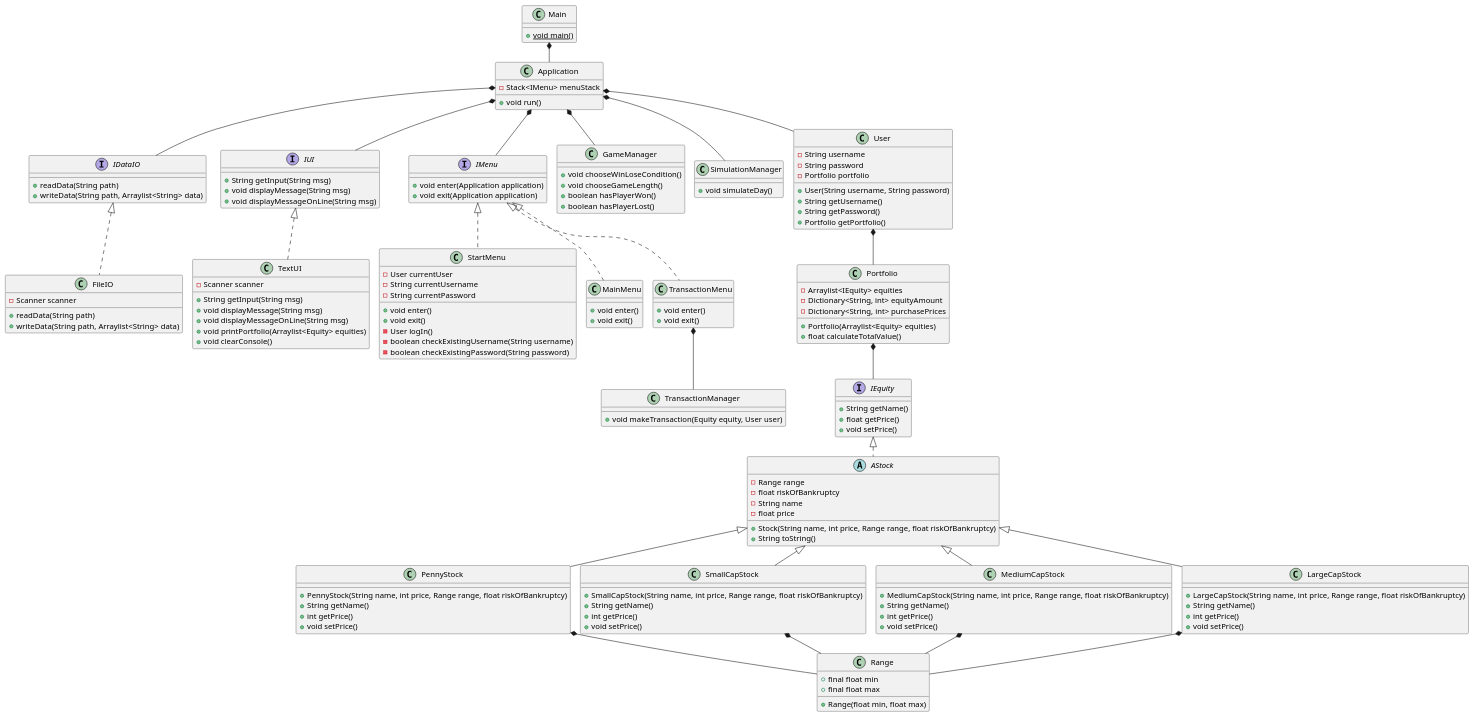
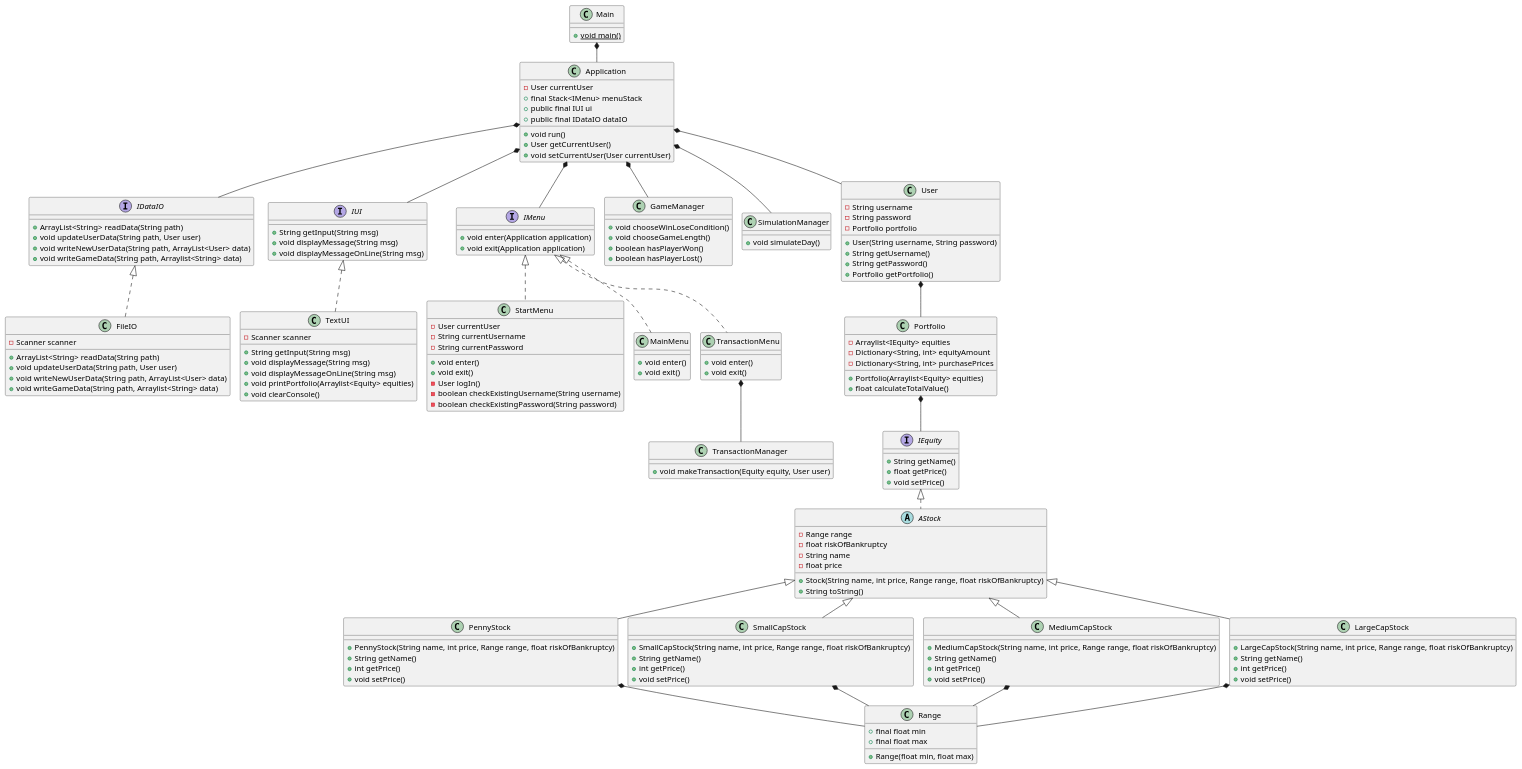
Before and after one commit to TobiasTheDanish/AktieSpil: the diagram in Documentation/KlasseDiagram.puml, drawn with PlantUML. The commit also changed 4 other files, not shown here.

```diff
--- a/Documentation/KlasseDiagram.puml
+++ b/Documentation/KlasseDiagram.puml
@@ -1,161 +1,170 @@
 @startuml
 !pragma layout smetana
 'https://plantuml.com/class-diagram
 class Main {
     + {static} void main()
 }
 
 class Application {
-    - Stack<IMenu> menuStack
+    - User currentUser
+    + final Stack<IMenu> menuStack
+    + public final IUI ui
+    + public final IDataIO dataIO
     + void run()
+    + User getCurrentUser()
+    + void setCurrentUser(User currentUser)
 }
 
 interface IDataIO {
-    + readData(String path)
-    + writeData(String path, Arraylist<String> data)
+    + ArrayList<String> readData(String path)
+    + void updateUserData(String path, User user)
+    + void writeNewUserData(String path, ArrayList<User> data)
+    + void writeGameData(String path, Arraylist<String> data)
 }
 
 class FileIO implements IDataIO {
     - Scanner scanner
-    + readData(String path)
-    + writeData(String path, Arraylist<String> data)
+    + ArrayList<String> readData(String path)
+    + void updateUserData(String path, User user)
+    + void writeNewUserData(String path, ArrayList<User> data)
+    + void writeGameData(String path, Arraylist<String> data)
 
 }
 
 interface IUI {
     + String getInput(String msg)
     + void displayMessage(String msg)
     + void displayMessageOnLine(String msg)
 }
 
 class TextUI implements IUI {
     - Scanner scanner
     + String getInput(String msg)
     + void displayMessage(String msg)
     + void displayMessageOnLine(String msg)
     + void printPortfolio(Arraylist<Equity> equities)
     + void clearConsole()
 }
 
 interface IMenu {
     + void enter(Application application)
     + void exit(Application application)
 }
 
 class StartMenu implements IMenu {
     - User currentUser
     - String currentUsername
     - String currentPassword
     + void enter()
     + void exit()
     - User logIn()
     - boolean checkExistingUsername(String username)
     - boolean checkExistingPassword(String password)
 }
 
 class MainMenu implements IMenu {
     + void enter()
     + void exit()
 }
 
 class TransactionMenu implements IMenu {
     + void enter()
     + void exit()
 }
 
 class TransactionManager {
     + void makeTransaction(Equity equity, User user)
 }
 
 class GameManager {
     + void chooseWinLoseCondition()
     + void chooseGameLength()
     + boolean hasPlayerWon()
     + boolean hasPlayerLost()
 }
 
 class SimulationManager {
     + void simulateDay()
 }
 
 class User {
     - String username
     - String password
     - Portfolio portfolio
     + User(String username, String password)
     + String getUsername()
     + String getPassword()
     + Portfolio getPortfolio()
 }
 
 class Portfolio {
     - Arraylist<IEquity> equities
     - Dictionary<String, int> equityAmount
     - Dictionary<String, int> purchasePrices
     + Portfolio(Arraylist<Equity> equities)
     + float calculateTotalValue()
 }
 
 interface IEquity {
     + String getName()
     + float getPrice()
     + void setPrice()
 }
 
 abstract class AStock implements IEquity {
     - Range range
     - float riskOfBankruptcy
     - String name
     - float price
     + Stock(String name, int price, Range range, float riskOfBankruptcy)
     + String toString()
 }
 
 class PennyStock extends AStock {
     + PennyStock(String name, int price, Range range, float riskOfBankruptcy)
     + String getName()
     + int getPrice()
     + void setPrice()
 }
 class SmallCapStock extends AStock {
     + SmallCapStock(String name, int price, Range range, float riskOfBankruptcy)
     + String getName()
     + int getPrice()
     + void setPrice()
 }
 class MediumCapStock extends AStock {
     + MediumCapStock(String name, int price, Range range, float riskOfBankruptcy)
     + String getName()
     + int getPrice()
     + void setPrice()
 }
 class LargeCapStock extends AStock {
     + LargeCapStock(String name, int price, Range range, float riskOfBankruptcy)
     + String getName()
     + int getPrice()
     + void setPrice()
 }
 
 class Range {
     + final float min
     + final float max
     + Range(float min, float max)
 }
 
 Main *-- Application
 Application *-- IMenu
 Application *-- User
 Application *-- SimulationManager
 Application *-- GameManager
 Application *-- IUI
 Application *-- IDataIO
 
 TransactionMenu *-- TransactionManager
 
 User *-- Portfolio
 Portfolio *-- IEquity
 PennyStock *-- Range
 SmallCapStock *-- Range
 MediumCapStock *-- Range
 LargeCapStock *-- Range
 @enduml
```
